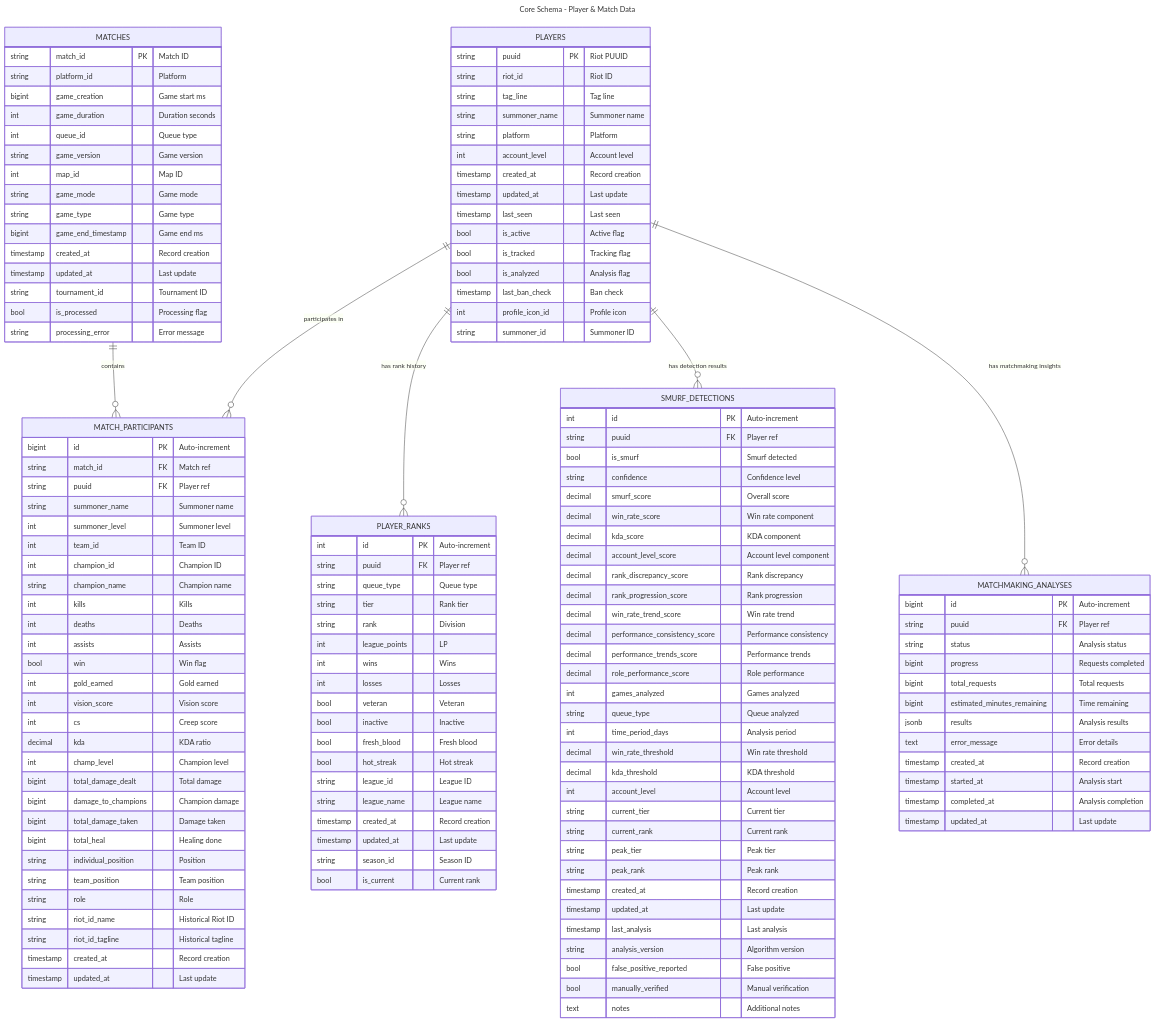
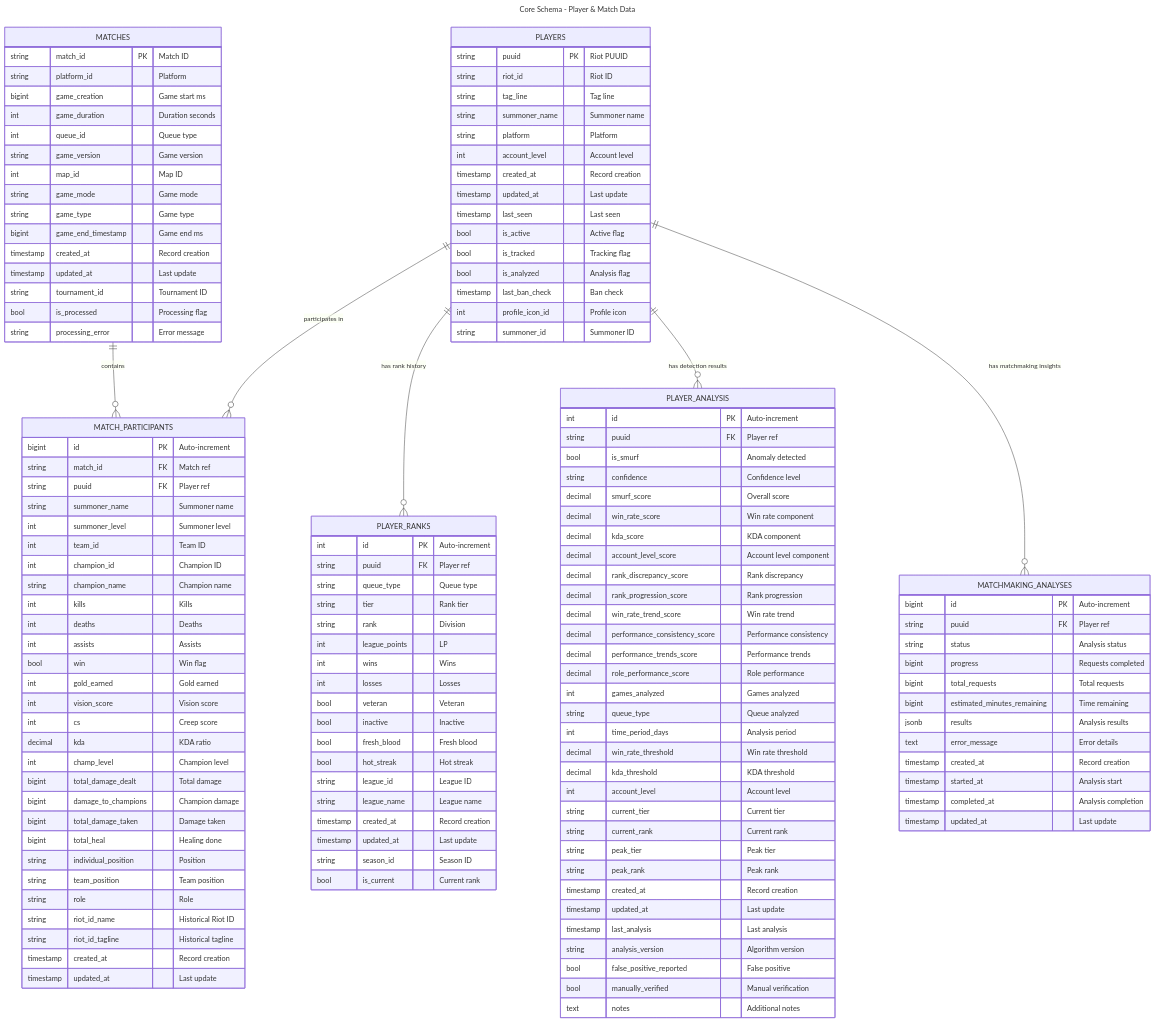
One commit to SlanyCukr/riot-api-project changed the second of 3 diagrams in docs/docs/database.md. Above: the diagram before and after it, drawn with Mermaid. The commit also changed other lines of this file and 51 other files, not shown here.

```diff
--- a/docs/docs/database.md
+++ b/docs/docs/database.md
@@ -41,7 +41,7 @@
 erDiagram
     PLAYERS ||--o{ MATCH_PARTICIPANTS : "participates in"
     PLAYERS ||--o{ PLAYER_RANKS : "has rank history"
-    PLAYERS ||--o{ SMURF_DETECTIONS : "has detection results"
+    PLAYERS ||--o{ PLAYER_ANALYSIS : "has detection results"
     PLAYERS ||--o{ MATCHMAKING_ANALYSES : "has matchmaking insights"
     MATCHES ||--o{ MATCH_PARTICIPANTS : "contains"
 
@@ -133,10 +133,10 @@
         bool is_current "Current rank"
     }
 
-    SMURF_DETECTIONS {
+    PLAYER_ANALYSIS {
         int id PK "Auto-increment"
         string puuid FK "Player ref"
-        bool is_smurf "Smurf detected"
+        bool is_smurf "Anomaly detected"
         string confidence "Confidence level"
         decimal smurf_score "Overall score"
         decimal win_rate_score "Win rate component"
```
